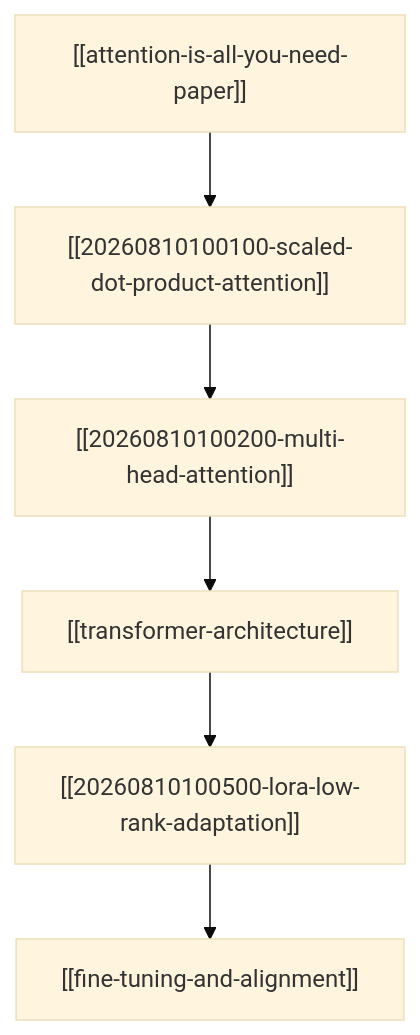
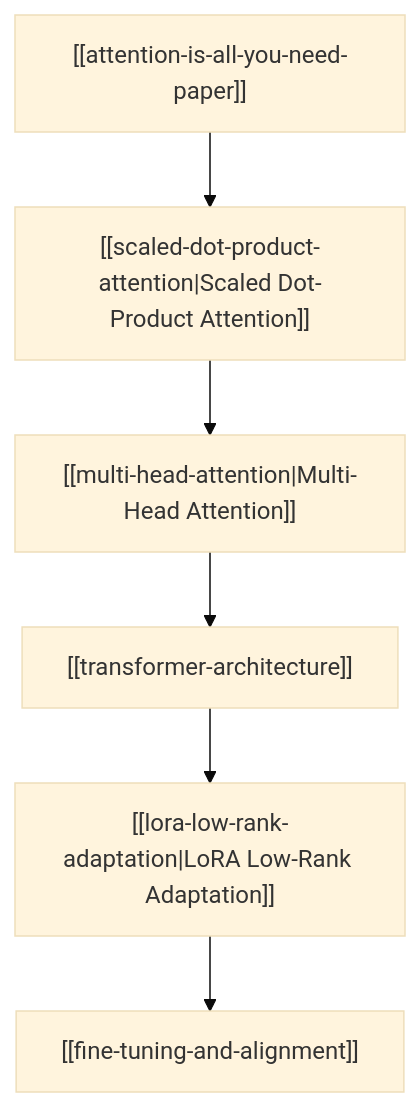
One commit to gopalshivapuja/ai-wiki changed the diagram in wiki/syntheses/moc-llm-architectures.md. Above: the diagram before and after it, drawn with Mermaid (base theme). The commit also changed other lines of this file and 62 other files, not shown here.

````diff
--- a/wiki/syntheses/moc-llm-architectures.md
+++ b/wiki/syntheses/moc-llm-architectures.md
@@ -37,8 +37,8 @@
 ```mermaid
 flowchart TD
-    Paper["[[attention-is-all-you-need-paper]]"] --> ScaledAttn["[[20260810100100-scaled-dot-product-attention]]"]
-    ScaledAttn --> MultiHeadAttn["[[20260810100200-multi-head-attention]]"]
+    Paper["[[attention-is-all-you-need-paper]]"] --> ScaledAttn["[[scaled-dot-product-attention|Scaled Dot-Product Attention]]"]
+    ScaledAttn --> MultiHeadAttn["[[multi-head-attention|Multi-Head Attention]]"]
     MultiHeadAttn --> Transformer["[[transformer-architecture]]"]
-    Transformer --> LoRA["[[20260810100500-lora-low-rank-adaptation]]"]
+    Transformer --> LoRA["[[lora-low-rank-adaptation|LoRA Low-Rank Adaptation]]"]
     LoRA --> PEFT["[[fine-tuning-and-alignment]]"]
 ```
````
